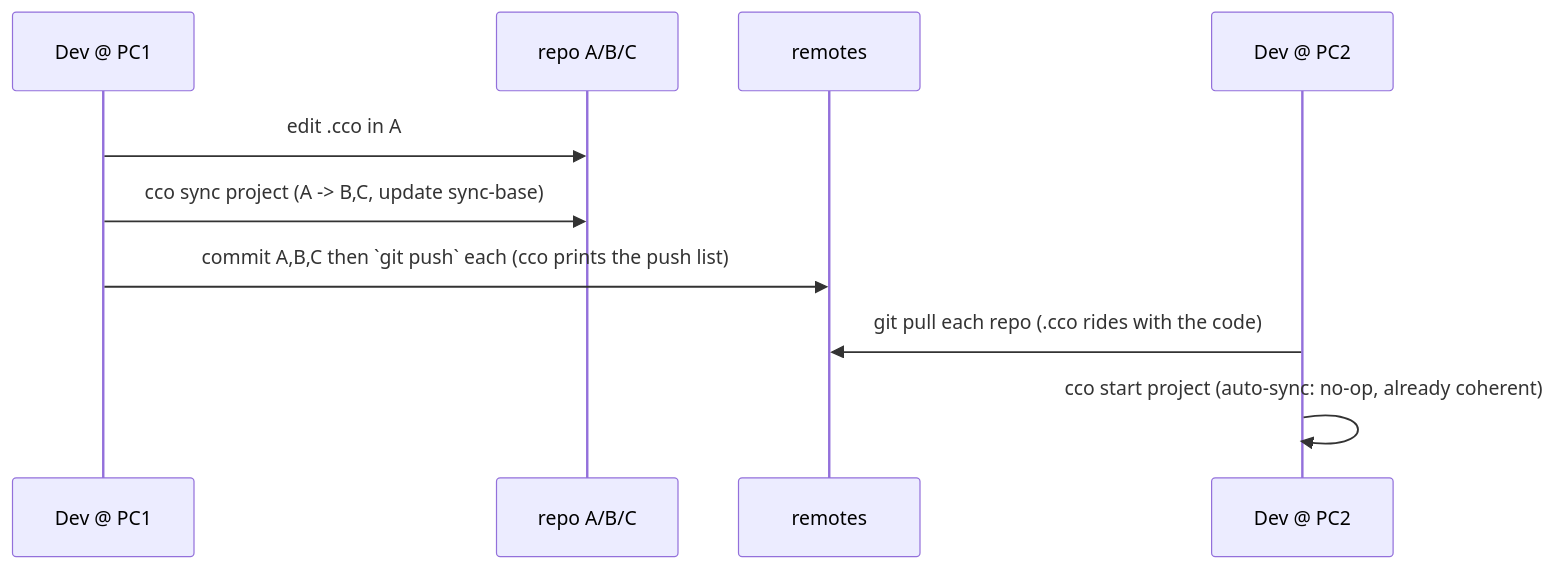
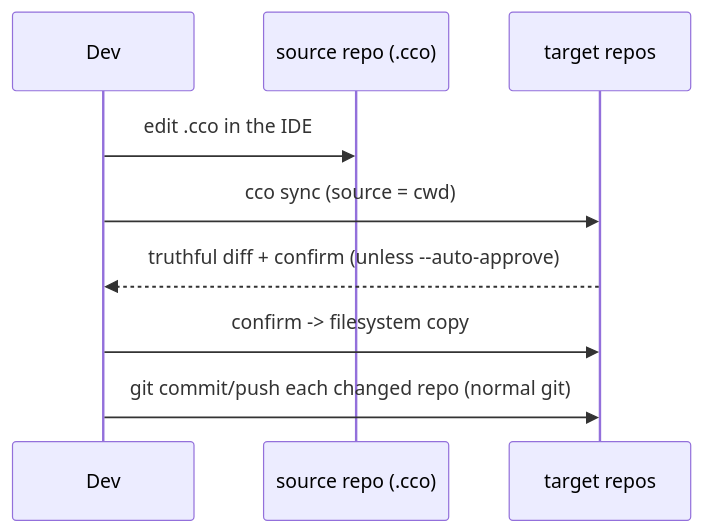
One commit to alergyonthestage/claude-orchestrator changed the second of 3 diagrams in docs/maintainer/configuration/decentralized-config/design.md. Above: the diagram before and after it, drawn with Mermaid. The commit also changed other lines of this file and 4 other files, not shown here.

First line of the commit message:
docs(decentralized-config): finalize sync-as-copy model; persist adversarial review

````diff
--- a/docs/maintainer/configuration/decentralized-config/design.md
+++ b/docs/maintainer/configuration/decentralized-config/design.md
@@ -227,12 +192,11 @@
 ```mermaid
 sequenceDiagram
-  participant Dev as Dev @ PC1
-  participant Repos as repo A/B/C
-  participant Git as remotes
-  participant PC2 as Dev @ PC2
-  Dev->>Repos: edit .cco in A
-  Dev->>Repos: cco sync project  (A -> B,C, update sync-base)
-  Dev->>Git: commit A,B,C then `git push` each (cco prints the push list)
-  PC2->>Git: git pull each repo  (.cco rides with the code)
-  PC2->>PC2: cco start project  (auto-sync: no-op, already coherent)
+  participant Dev
+  participant Src as source repo (.cco)
+  participant Tgt as target repos
+  Dev->>Src: edit .cco in the IDE
+  Dev->>Tgt: cco sync   (source = cwd)
+  Tgt-->>Dev: truthful diff + confirm (unless --auto-approve)
+  Dev->>Tgt: confirm -> filesystem copy
+  Dev->>Tgt: git commit/push each changed repo (normal git)
 ```
````
